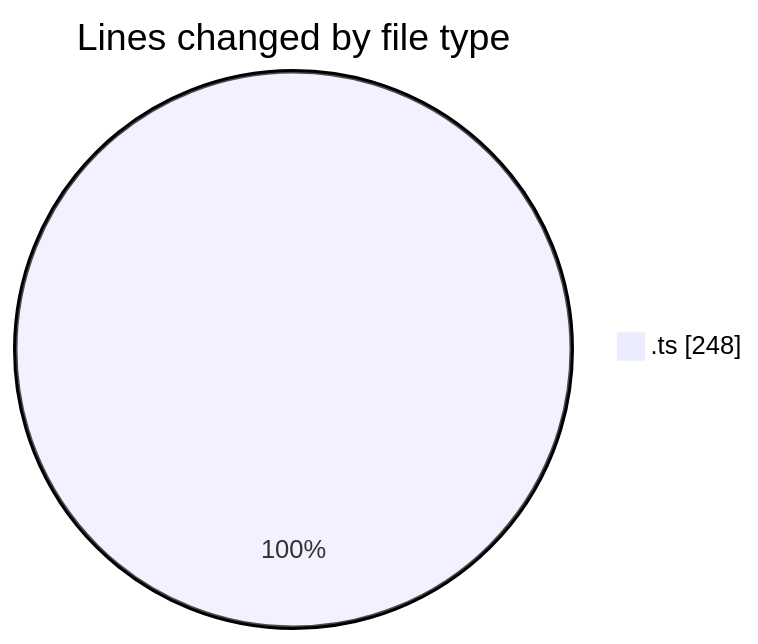
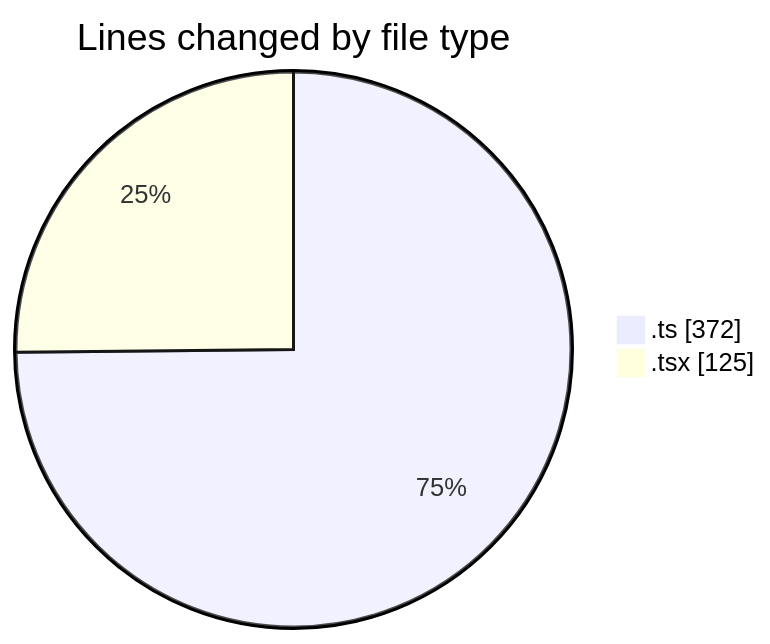
One commit to robertbonfada/code-tracking changed the first of 2 diagrams in 2025-02-25/mbc-web/README.md. Above: the diagram before and after it, drawn with Mermaid. The commit also changed other lines of this file and 1 other file, not shown here.

````diff
--- a/2025-02-25/mbc-web/README.md
+++ b/2025-02-25/mbc-web/README.md
@@ -20,5 +22,6 @@
 ```mermaid
 pie showData
 title Lines changed by file type
-".ts" : 248
+".ts" : 372
+".tsx" : 125
 ```
````
